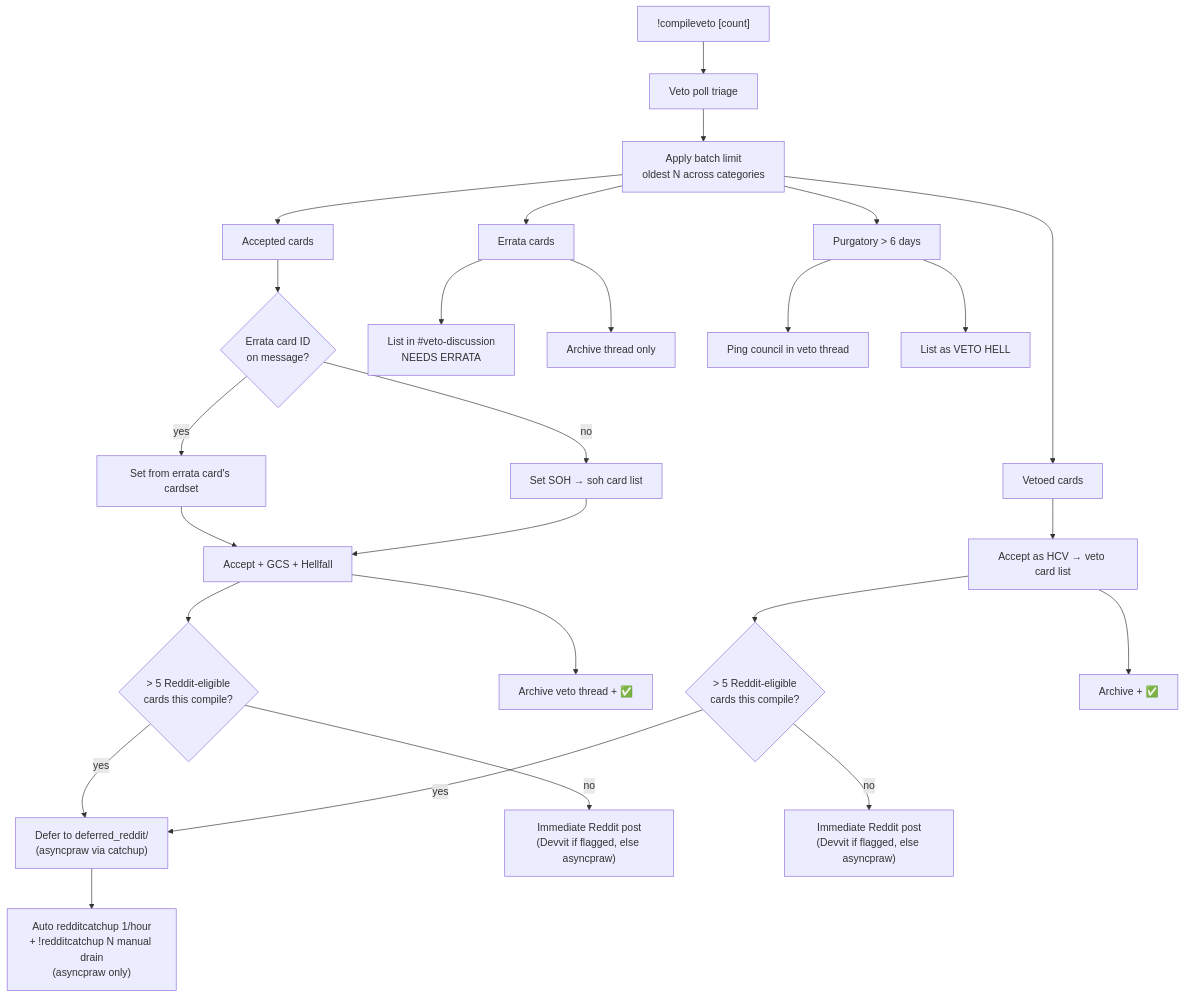
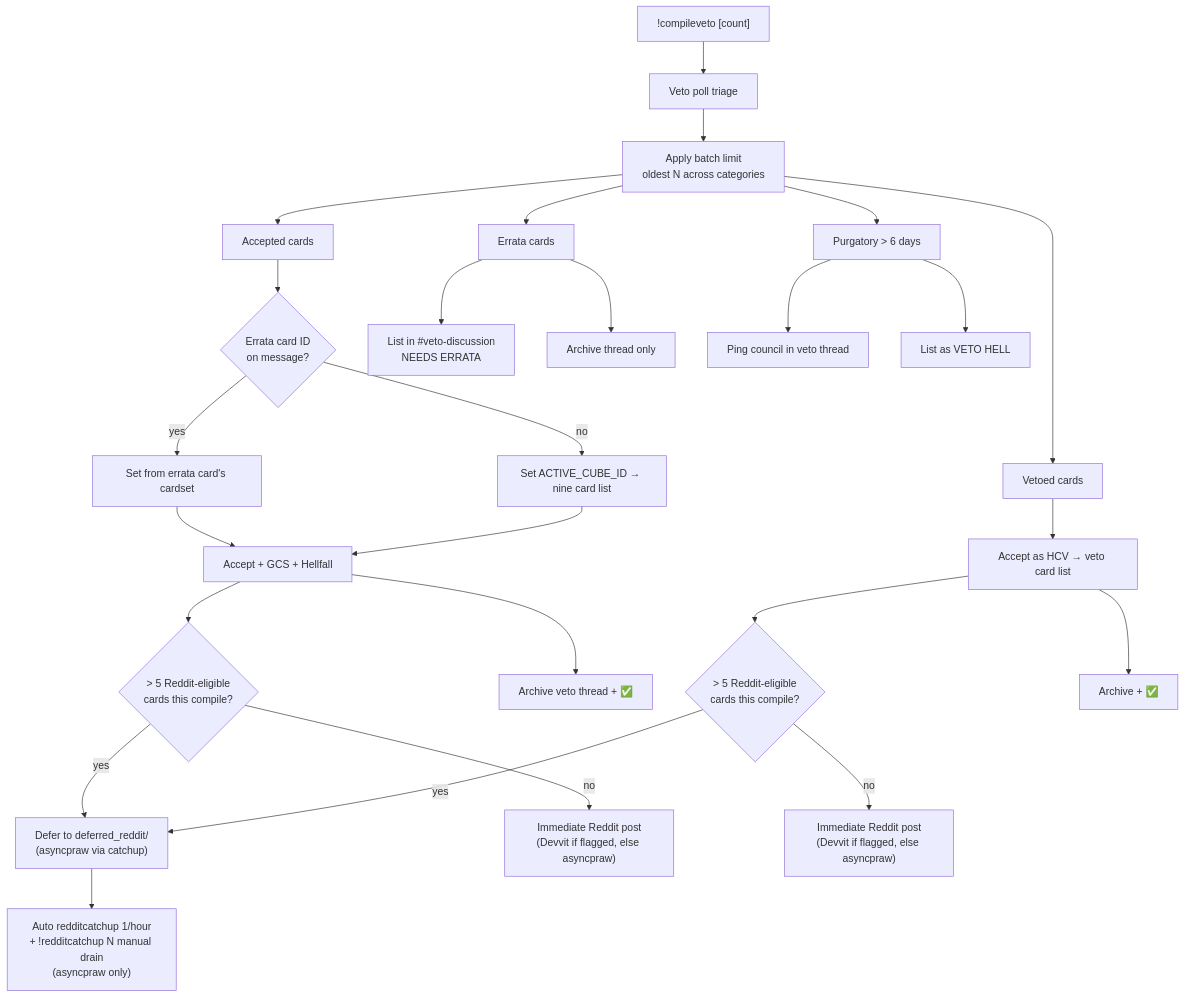
Before and after one commit to bones-bones/mork: the fifth of 6 diagrams in docs/card-flows/veto.md, drawn with Mermaid. The commit also changed 10 other files, not shown here.

````diff
--- a/docs/card-flows/veto.md
+++ b/docs/card-flows/veto.md
@@ -101,33 +101,33 @@
 ```mermaid
 flowchart TD
   CMD["!compileveto [count]"] --> TRI["Veto poll triage"]
   TRI --> LIM["Apply batch limit<br/>oldest N across categories"]
 
   LIM --> ACC["Accepted cards"]
   ACC --> AC1{"Errata card ID<br/>on message?"}
   AC1 -->|yes| SET1["Set from errata card's cardset"]
-  AC1 -->|no| SET2["Set SOH → soh card list"]
+  AC1 -->|no| SET2["Set ACTIVE_CUBE_ID → nine card list"]
   SET1 --> AC1B["Accept + GCS + Hellfall"]
   SET2 --> AC1B
   AC1B --> RD1{"> 5 Reddit-eligible<br/>cards this compile?"}
   RD1 -->|yes| DEF["Defer to deferred_reddit/<br/>(asyncpraw via catchup)"]
   RD1 -->|no| RED1["Immediate Reddit post<br/>(Devvit if flagged, else asyncpraw)"]
   AC1B --> ARC1["Archive veto thread + ✅"]
 
   LIM --> VET["Vetoed cards"]
   VET --> AC2["Accept as HCV → veto card list"]
   AC2 --> RD2{"> 5 Reddit-eligible<br/>cards this compile?"}
   RD2 -->|yes| DEF
   RD2 -->|no| RED2["Immediate Reddit post<br/>(Devvit if flagged, else asyncpraw)"]
   AC2 --> ARC2["Archive + ✅"]
 
   LIM --> ERR["Errata cards"]
   ERR --> LIST["List in #veto-discussion<br/>NEEDS ERRATA"]
   ERR --> ARC3["Archive thread only"]
 
   LIM --> PUR["Purgatory > 6 days"]
   PUR --> PING["Ping council in veto thread"]
   PUR --> HELL["List as VETO HELL"]
 
   DEF --> CATCH["Auto redditcatchup 1/hour<br/>+ !redditcatchup N manual drain<br/>(asyncpraw only)"]
 ```
````
